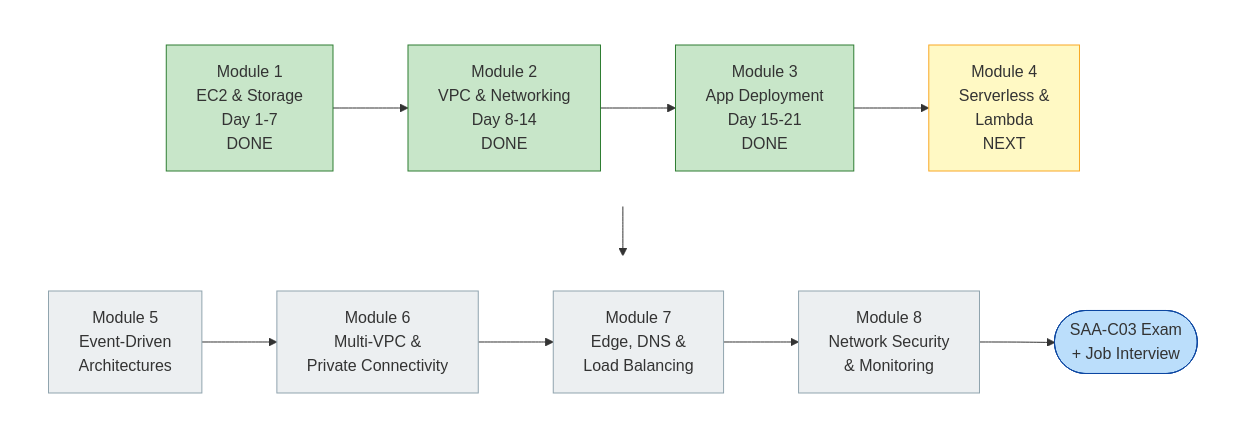
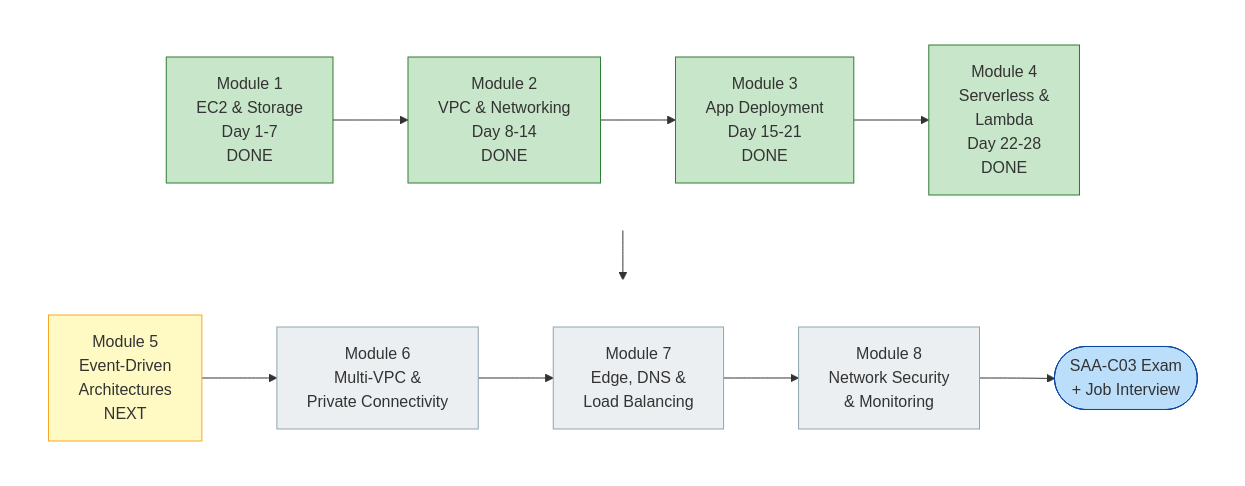
One commit to JASIM16027/AWS-NOTES changed the diagram in images/src/00-course-roadmap.mmd. Above: the diagram before and after it, drawn with Mermaid. The commit also changed 22 other files, not shown here.

First line of the commit message:
Add Module 4 Day 22-28: Serverless & Lambda Fundamentals

```diff
--- a/images/src/00-course-roadmap.mmd
+++ b/images/src/00-course-roadmap.mmd
@@ -1,26 +1,26 @@
 flowchart TB
   subgraph R1[" "]
     direction LR
     M1["Module 1<br/>EC2 & Storage<br/>Day 1-7<br/>DONE"] --> M2["Module 2<br/>VPC & Networking<br/>Day 8-14<br/>DONE"]
     M2 --> M3["Module 3<br/>App Deployment<br/>Day 15-21<br/>DONE"]
-    M3 --> M4["Module 4<br/>Serverless &<br/>Lambda<br/>NEXT"]
+    M3 --> M4["Module 4<br/>Serverless &<br/>Lambda<br/>Day 22-28<br/>DONE"]
   end
   subgraph R2[" "]
     direction LR
-    M5["Module 5<br/>Event-Driven<br/>Architectures"] --> M6["Module 6<br/>Multi-VPC &<br/>Private Connectivity"]
+    M5["Module 5<br/>Event-Driven<br/>Architectures<br/>NEXT"] --> M6["Module 6<br/>Multi-VPC &<br/>Private Connectivity"]
     M6 --> M7["Module 7<br/>Edge, DNS &<br/>Load Balancing"]
     M7 --> M8["Module 8<br/>Network Security<br/>& Monitoring"]
     M8 --> GOAL(["SAA-C03 Exam<br/>+ Job Interview"])
   end
   R1 --> R2
   style R1 fill:#ffffff,stroke:#ffffff
   style R2 fill:#ffffff,stroke:#ffffff
   style M1 fill:#c8e6c9,stroke:#2e7d32
   style M2 fill:#c8e6c9,stroke:#2e7d32
   style M3 fill:#c8e6c9,stroke:#2e7d32
-  style M4 fill:#fff9c4,stroke:#f9a825
-  style M5 fill:#eceff1,stroke:#90a4ae
+  style M4 fill:#c8e6c9,stroke:#2e7d32
+  style M5 fill:#fff9c4,stroke:#f9a825
   style M6 fill:#eceff1,stroke:#90a4ae
   style M7 fill:#eceff1,stroke:#90a4ae
   style M8 fill:#eceff1,stroke:#90a4ae
   style GOAL fill:#bbdefb,stroke:#0d47a1
```
